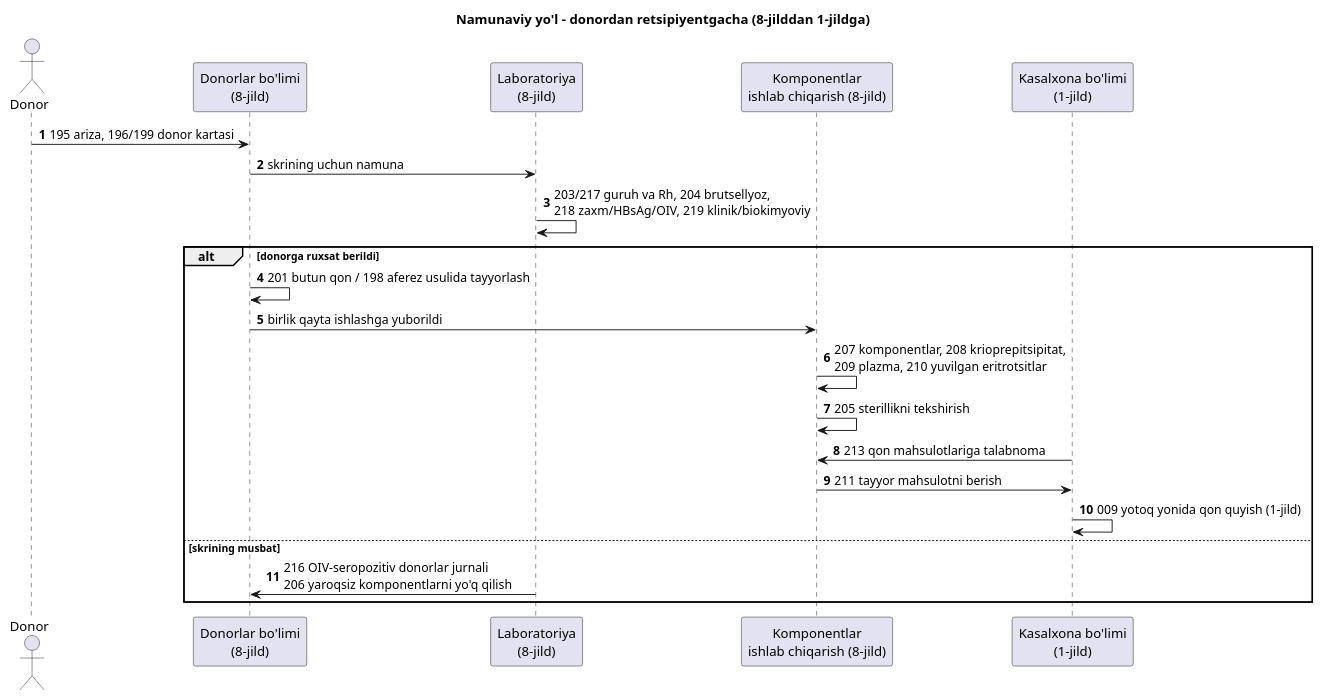
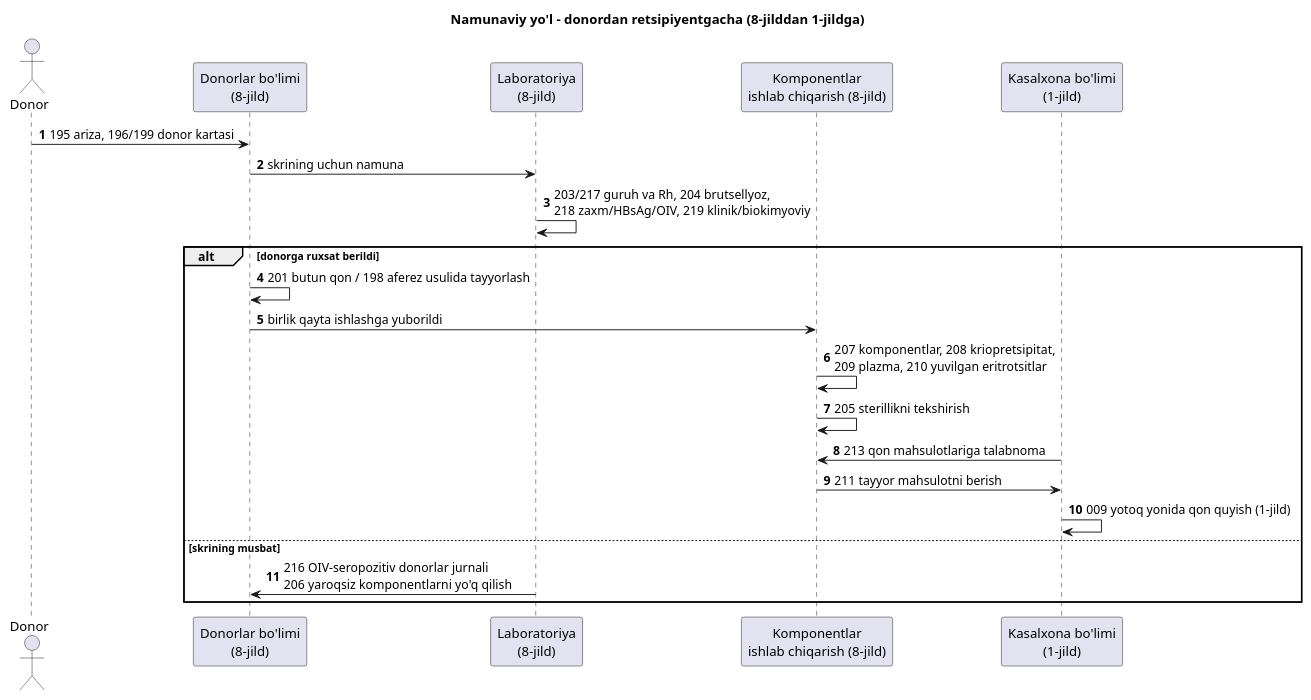
Before and after one commit to uzinfocom-org/digital-health-integration: the diagram in input/images-source/forms-vol08-flow-uz.plantuml, drawn with PlantUML. The commit also changed 30 other files, not shown here.

```diff
--- a/input/images-source/forms-vol08-flow-uz.plantuml
+++ b/input/images-source/forms-vol08-flow-uz.plantuml
@@ -1,25 +1,25 @@
 @startuml forms-vol08-flow-uz
 title Namunaviy yo'l - donordan retsipiyentgacha (8-jilddan 1-jildga)
 autonumber
 
 actor Donor as D
 participant "Donorlar bo'limi\n(8-jild)" as DD
 participant "Laboratoriya\n(8-jild)" as LAB
 participant "Komponentlar\nishlab chiqarish (8-jild)" as CP
 participant "Kasalxona bo'limi\n(1-jild)" as WARD
 
 D -> DD : 195 ariza, 196/199 donor kartasi
 DD -> LAB : skrining uchun namuna
 LAB -> LAB : 203/217 guruh va Rh, 204 brutsellyoz,\n218 zaxm/HBsAg/OIV, 219 klinik/biokimyoviy
 alt donorga ruxsat berildi
   DD -> DD : 201 butun qon / 198 aferez usulida tayyorlash
   DD -> CP : birlik qayta ishlashga yuborildi
-  CP -> CP : 207 komponentlar, 208 krioprepitsipitat,\n209 plazma, 210 yuvilgan eritrotsitlar
+  CP -> CP : 207 komponentlar, 208 kriopretsipitat,\n209 plazma, 210 yuvilgan eritrotsitlar
   CP -> CP : 205 sterillikni tekshirish
   WARD -> CP : 213 qon mahsulotlariga talabnoma
   CP -> WARD : 211 tayyor mahsulotni berish
   WARD -> WARD : 009 yotoq yonida qon quyish (1-jild)
 else skrining musbat
   LAB -> DD : 216 OIV-seropozitiv donorlar jurnali\n206 yaroqsiz komponentlarni yo'q qilish
 end
 @enduml
```
